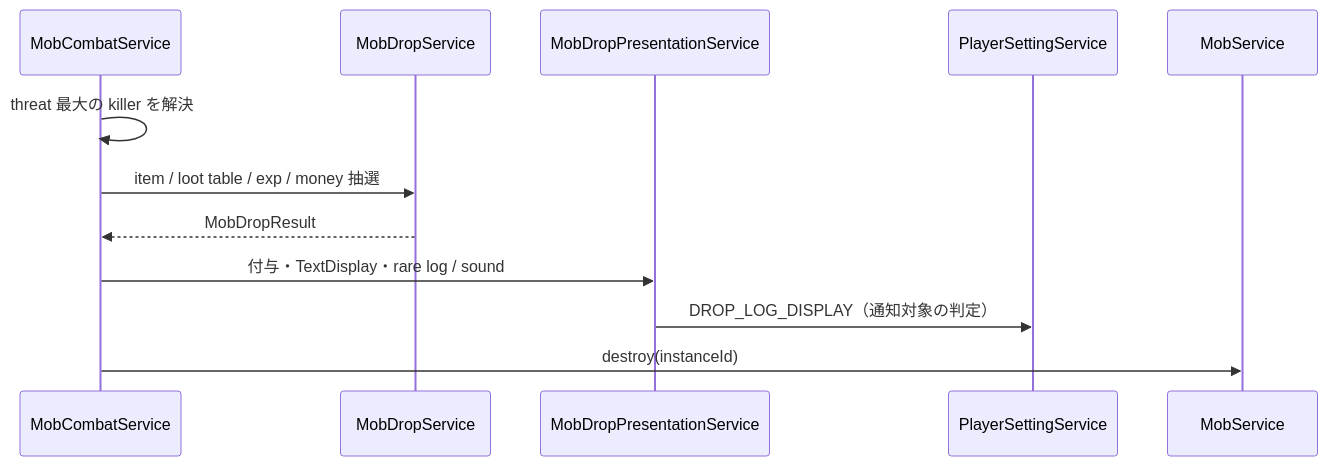
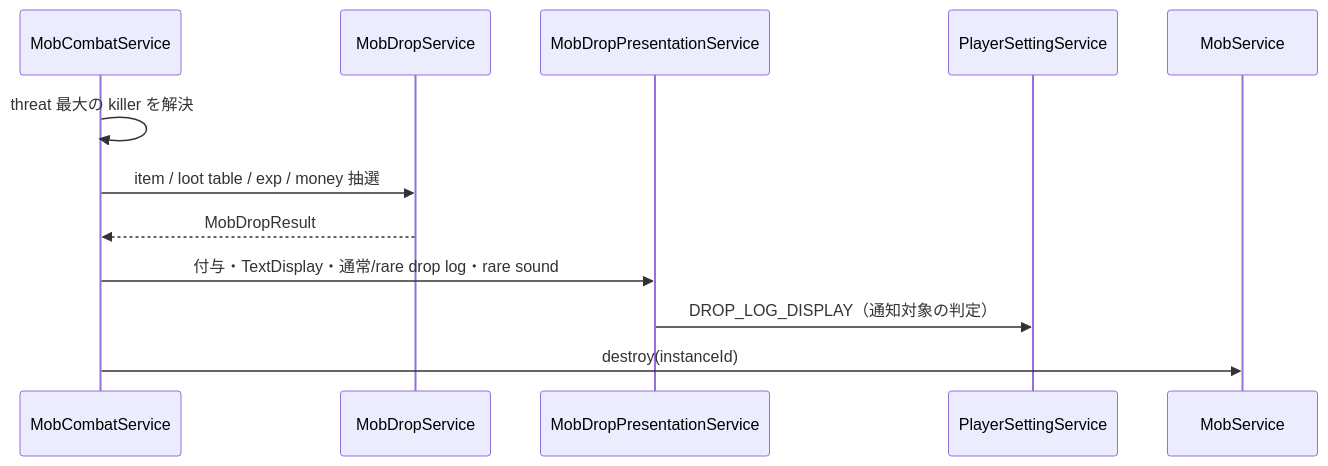
One commit to maaasu/AstralRecord-Workspace changed the fifth of 7 diagrams in 00_docs/10_Plugin設計書/feature/12-mob/12_4-統合フロー.md. Above: the diagram before and after it, drawn with Mermaid. The commit also changed other lines of this file and 9 other files, not shown here.

````diff
--- a/00_docs/10_Plugin設計書/feature/12-mob/12_4-統合フロー.md
+++ b/00_docs/10_Plugin設計書/feature/12-mob/12_4-統合フロー.md
@@ -141,15 +141,15 @@
 ```mermaid
 sequenceDiagram
     participant Combat as MobCombatService
     participant Drop as MobDropService
     participant Present as MobDropPresentationService
     participant Setting as PlayerSettingService
     participant Mob as MobService
 
     Combat->>Combat: threat 最大の killer を解決
     Combat->>Drop: item / loot table / exp / money 抽選
     Drop-->>Combat: MobDropResult
-    Combat->>Present: 付与・TextDisplay・rare log / sound
+    Combat->>Present: 付与・TextDisplay・通常/rare drop log・rare sound
     Present->>Setting: DROP_LOG_DISPLAY（通知対象の判定）
     Combat->>Mob: destroy(instanceId)
 ```
````
